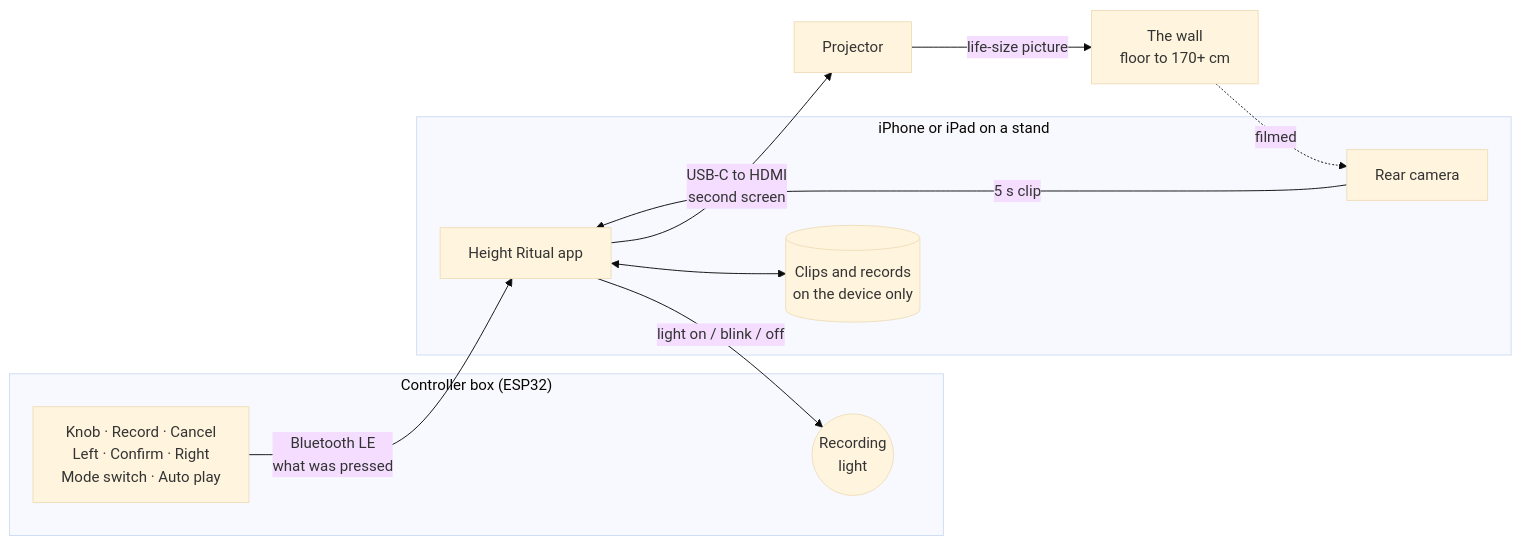
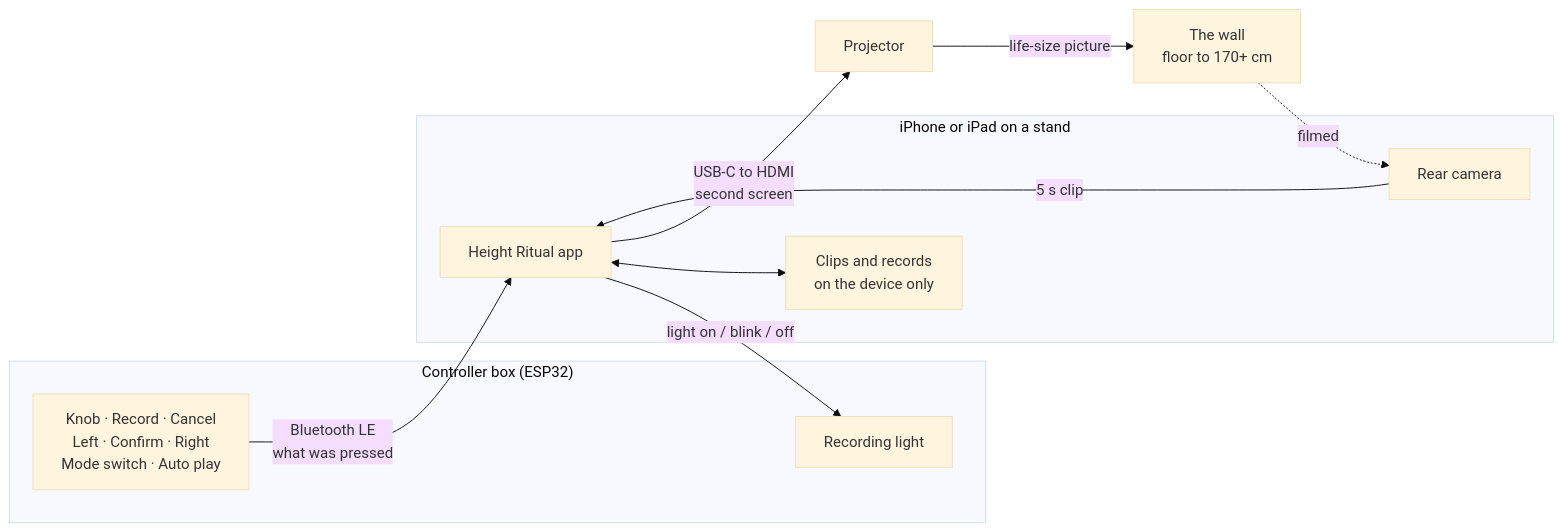
One commit to chaneeii/HeightRitual changed the first of 3 diagrams in README.md. Above: the diagram before and after it, drawn with Mermaid (base theme). The commit also changed other lines of this file, not shown here.

Commit message:
Fix README diagrams that GitHub could not render

````diff
--- a/README.md
+++ b/README.md
@@ -56,22 +56,22 @@
 ```mermaid
 flowchart LR
     subgraph Box["Controller box (ESP32)"]
         K["Knob · Record · Cancel<br/>Left · Confirm · Right<br/>Mode switch · Auto play"]
-        L(("Recording<br/>light"))
+        L["Recording light"]
     end
     subgraph Phone["iPhone or iPad on a stand"]
         App["Height Ritual app"]
         Cam["Rear camera"]
-        Store[("Clips and records<br/>on the device only")]
+        Store["Clips and records<br/>on the device only"]
     end
     Proj["Projector"]
     Wall["The wall<br/>floor to 170+ cm"]
 
     K -- "Bluetooth LE<br/>what was pressed" --> App
     App -- "light on / blink / off" --> L
     Cam -- "5 s clip" --> App
     App <--> Store
     App -- "USB-C to HDMI<br/>second screen" --> Proj
     Proj -- "life-size picture" --> Wall
-    Wall -. "filmed" .-> Cam
+    Wall -.->|filmed| Cam
 ```
````
